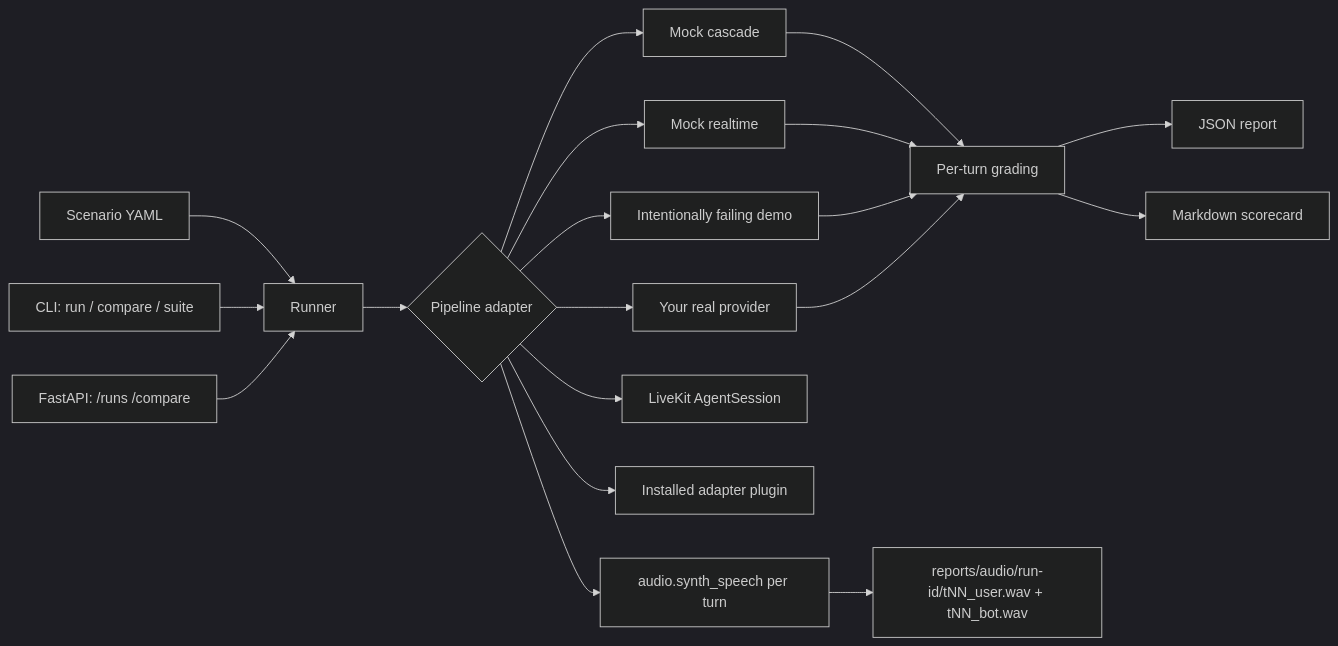
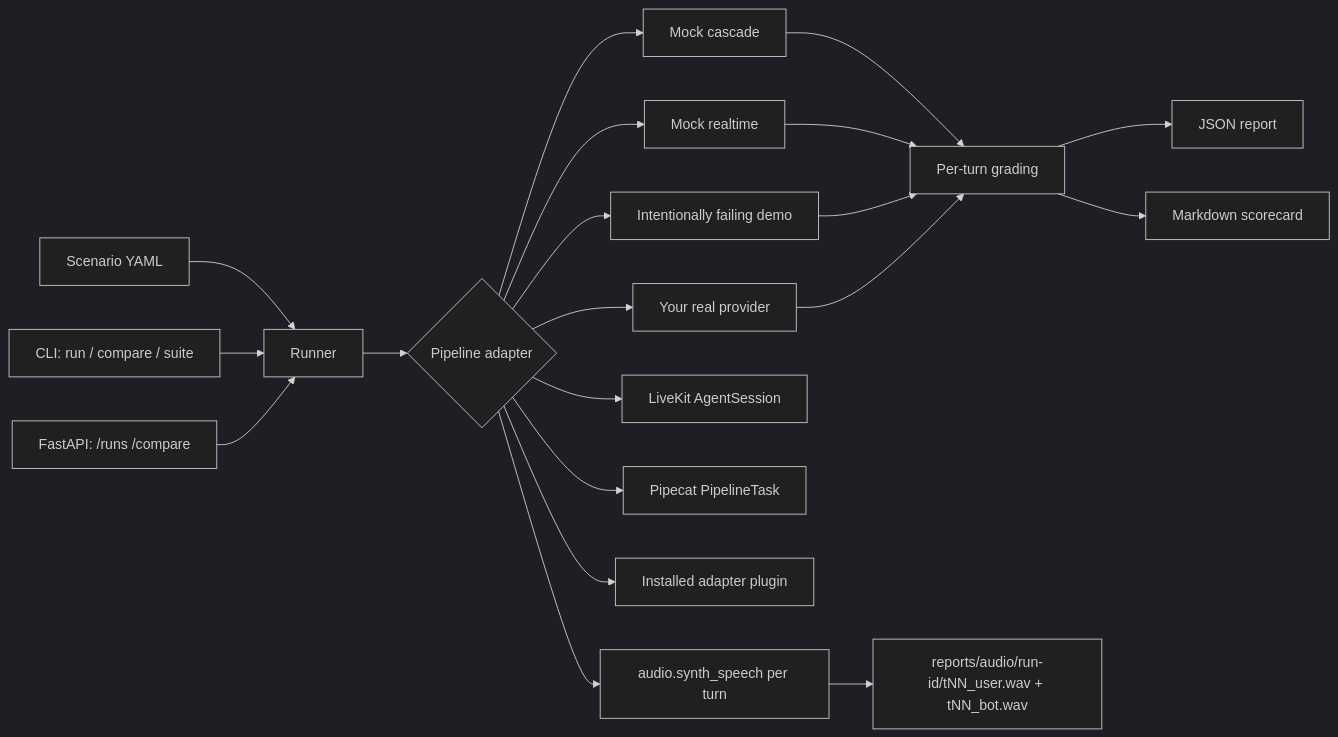
One commit to rand0wn/voice-eval changed the diagram in README.md. Above: the diagram before and after it, drawn with Mermaid (dark theme). The commit also changed other lines of this file and 5 other files, not shown here.

First line of the commit message:
Add Pipecat adapter (self-hosted PipelineTask client protocol)

````diff
--- a/README.md
+++ b/README.md
@@ -287,21 +306,22 @@
 ```mermaid
 flowchart LR
   YAML[Scenario YAML] --> Runner
   CLI[CLI: run / compare / suite] --> Runner
   API[FastAPI: /runs /compare] --> Runner
   Runner --> Adapter{Pipeline adapter}
   Adapter --> Cascade[Mock cascade]
   Adapter --> Realtime[Mock realtime]
   Adapter --> Degraded[Intentionally failing demo]
   Adapter --> Real[Your real provider]
   Adapter --> LiveKit[LiveKit AgentSession]
+  Adapter --> Pipecat[Pipecat PipelineTask]
   Adapter --> Plugin[Installed adapter plugin]
   Adapter --> Audio[audio.synth_speech per turn]
   Cascade --> Grade[Per-turn grading]
   Realtime --> Grade
   Degraded --> Grade
   Real --> Grade
   Grade --> JSON[JSON report]
   Grade --> MD[Markdown scorecard]
   Audio --> WAV[reports/audio/run-id/tNN_user.wav + tNN_bot.wav]
 ```
````
